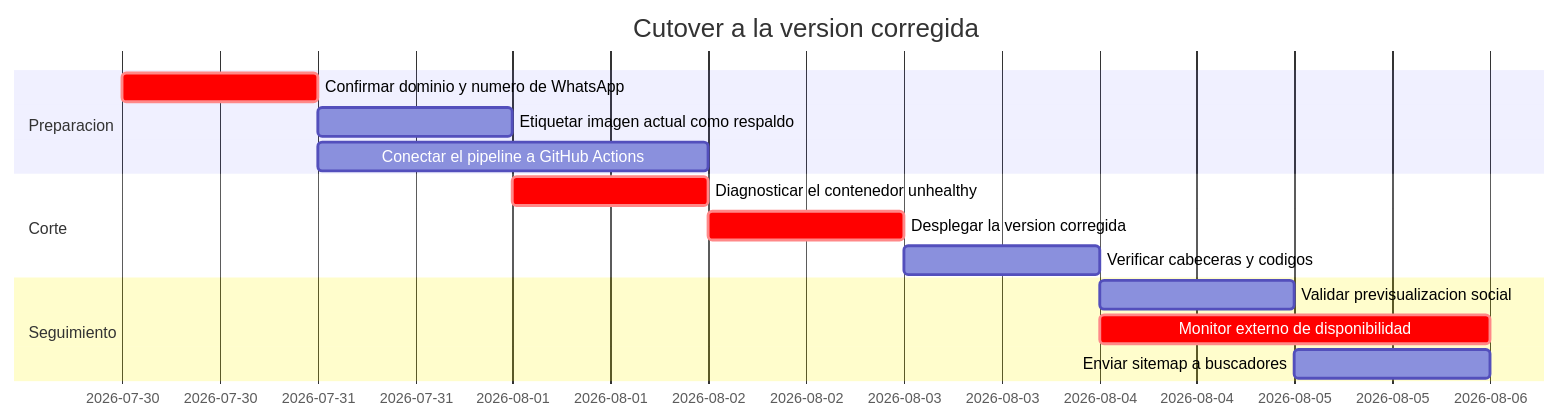
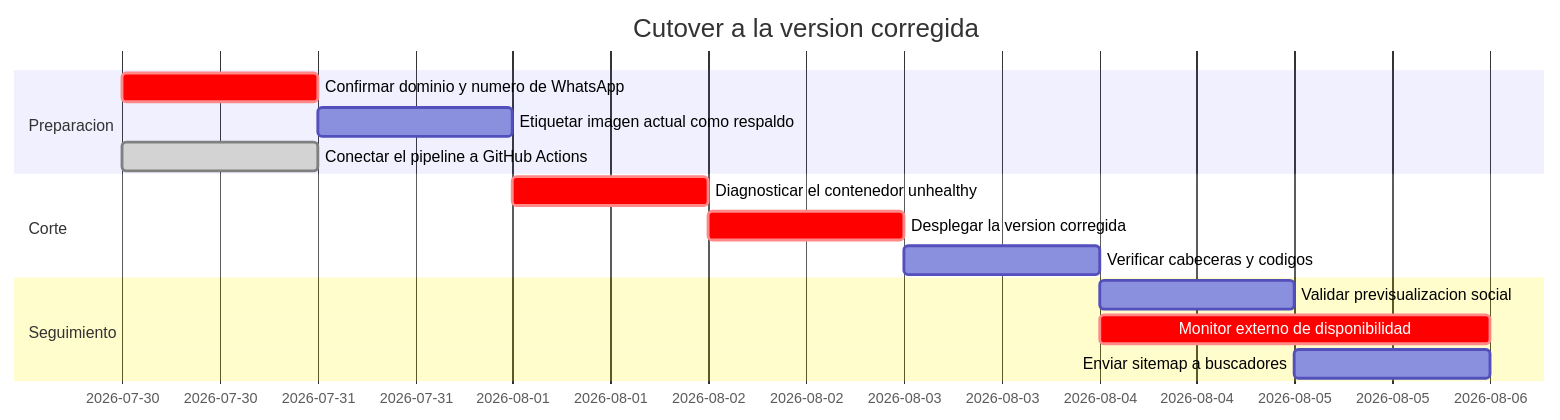
One commit to higerotech/landing changed the third of 3 diagrams in docs/05-deployment/deployment.md. Above: the diagram before and after it, drawn with Mermaid. The commit also changed other lines of this file and 7 other files, not shown here.

````diff
--- a/docs/05-deployment/deployment.md
+++ b/docs/05-deployment/deployment.md
@@ -207,17 +214,17 @@
 ```mermaid
 gantt
     title Cutover a la version corregida
     dateFormat YYYY-MM-DD
     section Preparacion
     Confirmar dominio y numero de WhatsApp  :crit, a1, 2026-07-30, 1d
     Etiquetar imagen actual como respaldo   :a2, after a1, 1d
-    Conectar el pipeline a GitHub Actions   :a3, after a1, 2d
+    Conectar el pipeline a GitHub Actions   :done, a3, 2026-07-30, 1d
     section Corte
     Diagnosticar el contenedor unhealthy    :crit, b1, after a2, 1d
     Desplegar la version corregida          :crit, b2, after b1, 1d
     Verificar cabeceras y codigos           :b3, after b2, 1d
     section Seguimiento
     Validar previsualizacion social         :c1, after b3, 1d
     Monitor externo de disponibilidad       :crit, c2, after b3, 2d
     Enviar sitemap a buscadores             :c3, after c1, 1d
 ```
````
